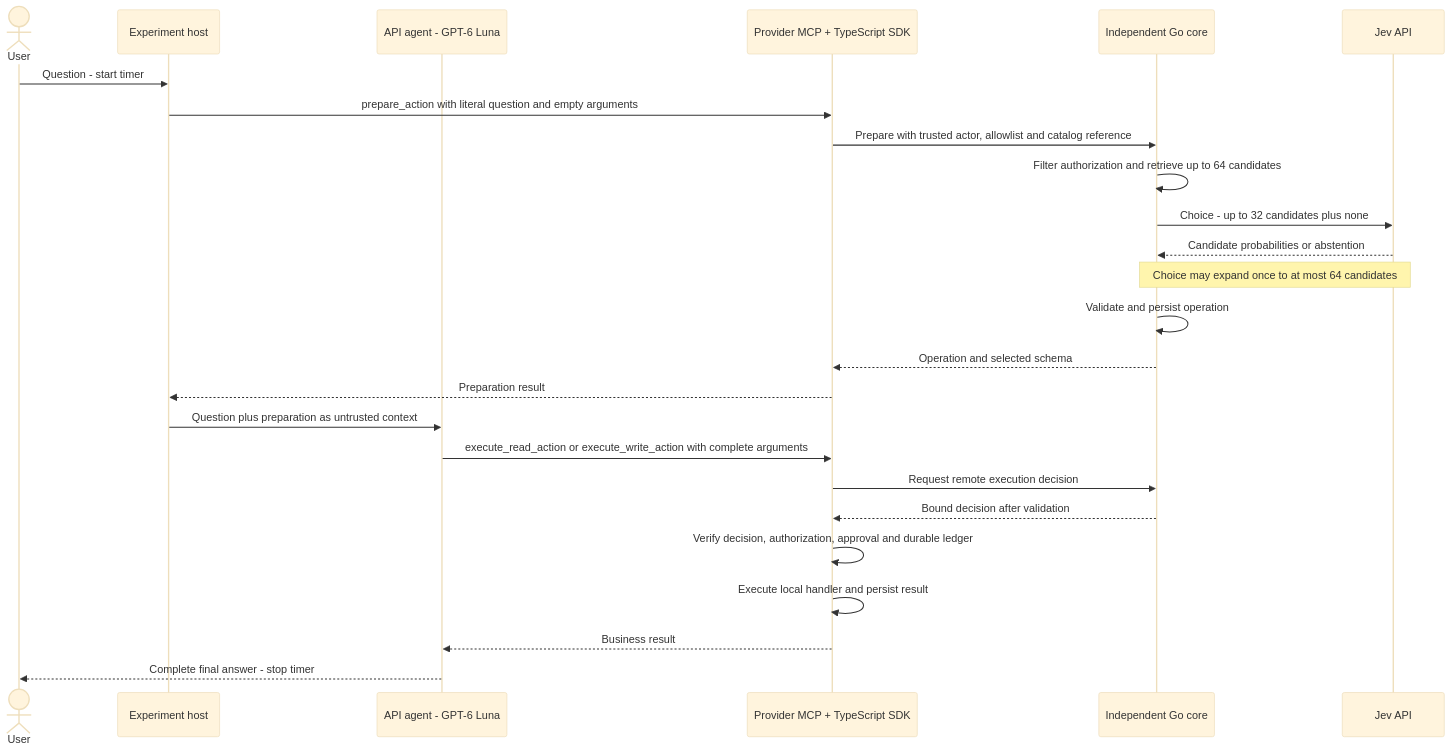
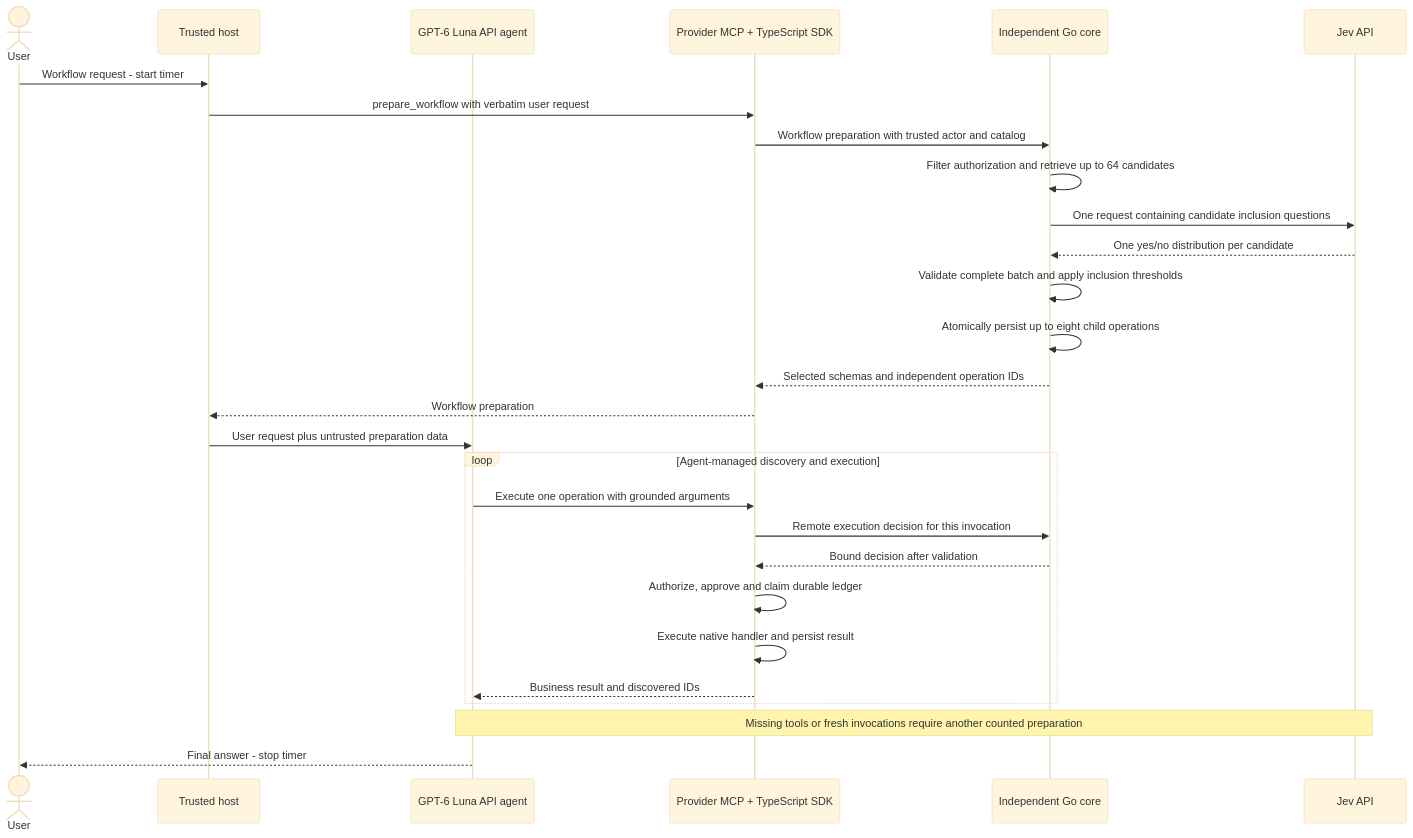
Before and after one commit to diorrego/toolgate-experiment: the third of 4 diagrams in README.md, drawn with Mermaid (base theme). The commit also changed other lines of this file and 63 other files, not shown here.

Commit message:
Add V3 multi-tool workflow experiment and audited results

````diff
--- a/README.md
+++ b/README.md
@@ -152,27 +197,30 @@
 ```mermaid
 sequenceDiagram
     actor U as User
-    participant H as Experiment host
-    participant A as API agent - GPT-6 Luna
+    participant H as Trusted host
+    participant A as GPT-6 Luna API agent
     participant P as Provider MCP + TypeScript SDK
     participant C as Independent Go core
     participant J as Jev API
-    U->>H: Question - start timer
-    H->>P: prepare_action with literal question and empty arguments
-    P->>C: Prepare with trusted actor, allowlist and catalog reference
+    U->>H: Workflow request - start timer
+    H->>P: prepare_workflow with verbatim user request
+    P->>C: Workflow preparation with trusted actor and catalog
     C->>C: Filter authorization and retrieve up to 64 candidates
-    C->>J: Choice - up to 32 candidates plus none
-    J-->>C: Candidate probabilities or abstention
-    Note over C,J: Choice may expand once to at most 64 candidates
-    C->>C: Validate and persist operation
-    C-->>P: Operation and selected schema
-    P-->>H: Preparation result
-    H->>A: Question plus preparation as untrusted context
-    A->>P: execute_read_action or execute_write_action with complete arguments
-    P->>C: Request remote execution decision
-    C-->>P: Bound decision after validation
-    P->>P: Verify decision, authorization, approval and durable ledger
-    P->>P: Execute local handler and persist result
-    P-->>A: Business result
-    A-->>U: Complete final answer - stop timer
+    C->>J: One request containing candidate inclusion questions
+    J-->>C: One yes/no distribution per candidate
+    C->>C: Validate complete batch and apply inclusion thresholds
+    C->>C: Atomically persist up to eight child operations
+    C-->>P: Selected schemas and independent operation IDs
+    P-->>H: Workflow preparation
+    H->>A: User request plus untrusted preparation data
+    loop Agent-managed discovery and execution
+        A->>P: Execute one operation with grounded arguments
+        P->>C: Remote execution decision for this invocation
+        C-->>P: Bound decision after validation
+        P->>P: Authorize, approve and claim durable ledger
+        P->>P: Execute native handler and persist result
+        P-->>A: Business result and discovered IDs
+    end
+    Note over A,J: Missing tools or fresh invocations require another counted preparation
+    A-->>U: Final answer - stop timer
 ```
````
